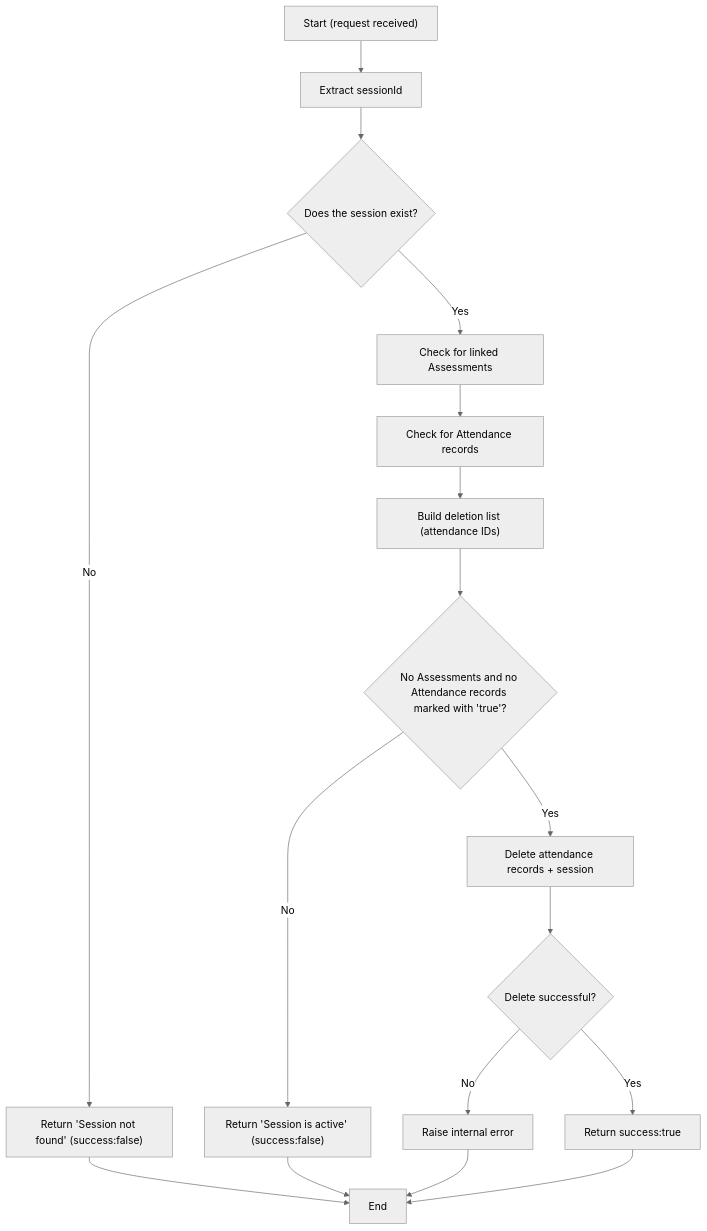
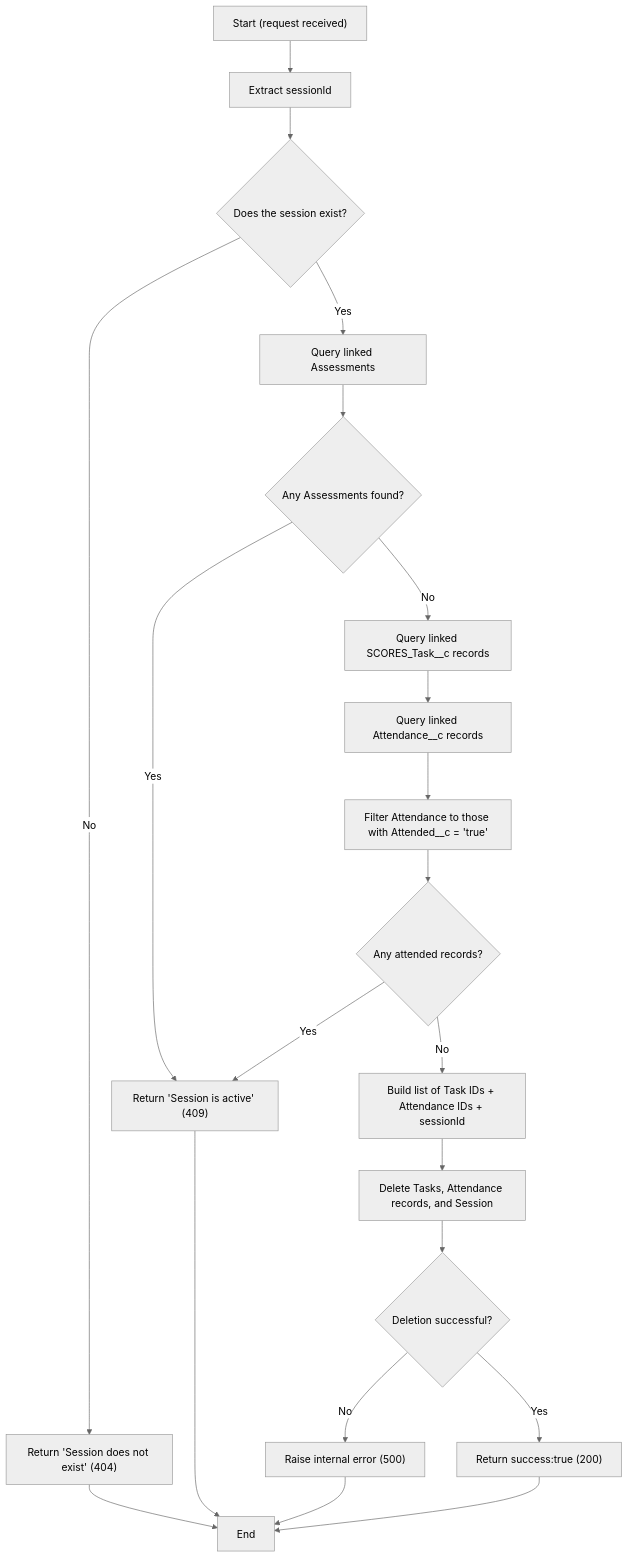
Before and after one commit to AmericaSCORESBayArea/scoreslabs: the diagram in docs/session-delete.md, drawn with Mermaid (neutral theme). The commit also changed other lines of this file, not shown here.

````diff
--- a/docs/session-delete.md
+++ b/docs/session-delete.md
@@ -24,17 +24,21 @@
 ```mermaid
 flowchart TD
-    A["Start (request received)"] 
+    A["Start (request received)"]
     A --> C["Extract sessionId"]
     C --> D{"Does the session exist?"}
-    D -- No --> Z1["Return 'Session not found' (success:false)"]
-    D -- Yes --> E["Check for linked Assessments"]
-    E --> F["Check for Attendance records"]
-    F --> G["Build deletion list (attendance IDs)"]
-    G --> H{"No Assessments and no Attendance records marked with 'true'?"}
-    H -- No --> Z2["Return 'Session is active' (success:false)"]
-    H -- Yes --> I["Delete attendance records + session"]
-    I --> J{"Delete successful?"}
-    J -- No --> Z3["Raise internal error"]
-    J -- Yes --> Z4["Return success:true"]
-    Z1 & Z2 & Z3 & Z4 --> K["End"]
+    D -- No --> Z1["Return 'Session does not exist' (404)"]
+    D -- Yes --> E["Query linked Assessments"]
+    E --> F{"Any Assessments found?"}
+    F -- Yes --> Z2["Return 'Session is active' (409)"]
+    F -- No --> G["Query linked SCORES_Task__c records"]
+    G --> H["Query linked Attendance__c records"]
+    H --> I["Filter Attendance to those with Attended__c = 'true'"]
+    I --> J{"Any attended records?"}
+    J -- Yes --> Z2
+    J -- No --> K["Build list of Task IDs + Attendance IDs + sessionId"]
+    K --> L["Delete Tasks, Attendance records, and Session"]
+    L --> M{"Deletion successful?"}
+    M -- No --> Z3["Raise internal error (500)"]
+    M -- Yes --> Z4["Return success:true (200)"]
+    Z1 & Z2 & Z3 & Z4 --> End["End"]
 ```
````
